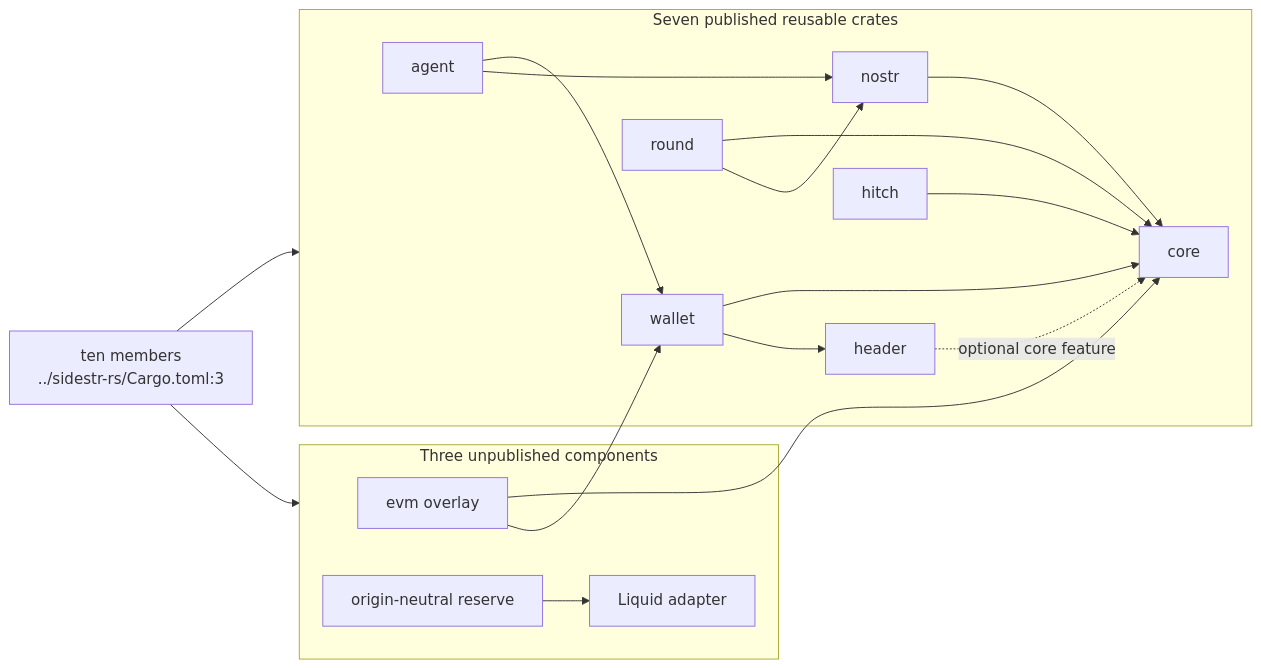
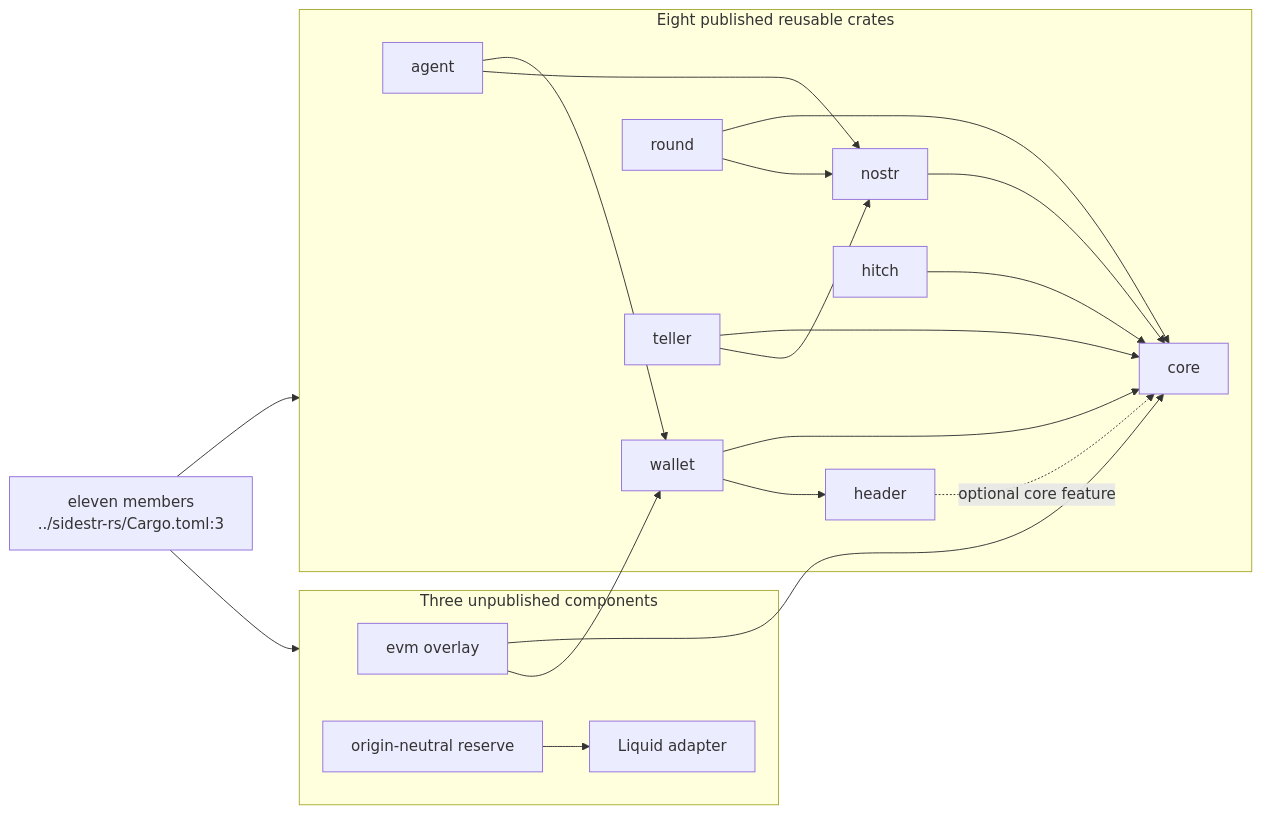
The first of 4 diagrams in docs/diagrams/sidestr-rs/01-workspace-oracles-and-live-boundary.md (DreamLab-AI/VisionFlow), drawn with Mermaid before and after one commit. The commit also changed other lines of this file and 21 other files, not shown here.

Commit message:
docs(diagrams): refresh first verified estate batch

````diff
--- a/docs/diagrams/sidestr-rs/01-workspace-oracles-and-live-boundary.md
+++ b/docs/diagrams/sidestr-rs/01-workspace-oracles-and-live-boundary.md
@@ -33,23 +33,25 @@
 ```mermaid
 flowchart LR
-    subgraph published["Seven published reusable crates"]
+    subgraph published["Eight published reusable crates"]
         C["core"]
         H["header"] -. "optional core feature" .-> C
         W["wallet"] --> C
         W --> H
         N["nostr"] --> C
         R["round"] --> C
         R --> N
         A["agent"] --> W
         A --> N
         CH["hitch"] --> C
+        T["teller"] --> C
+        T --> N
     end
     subgraph private["Three unpublished components"]
         E["evm overlay"]
         RA["origin-neutral reserve"] --> L["Liquid adapter"]
     end
     E --> C
     E --> W
-    WS["ten members<br/>../sidestr-rs/Cargo.toml:3"] --> published
+    WS["eleven members<br/>../sidestr-rs/Cargo.toml:3"] --> published
     WS --> private
 ```
````
